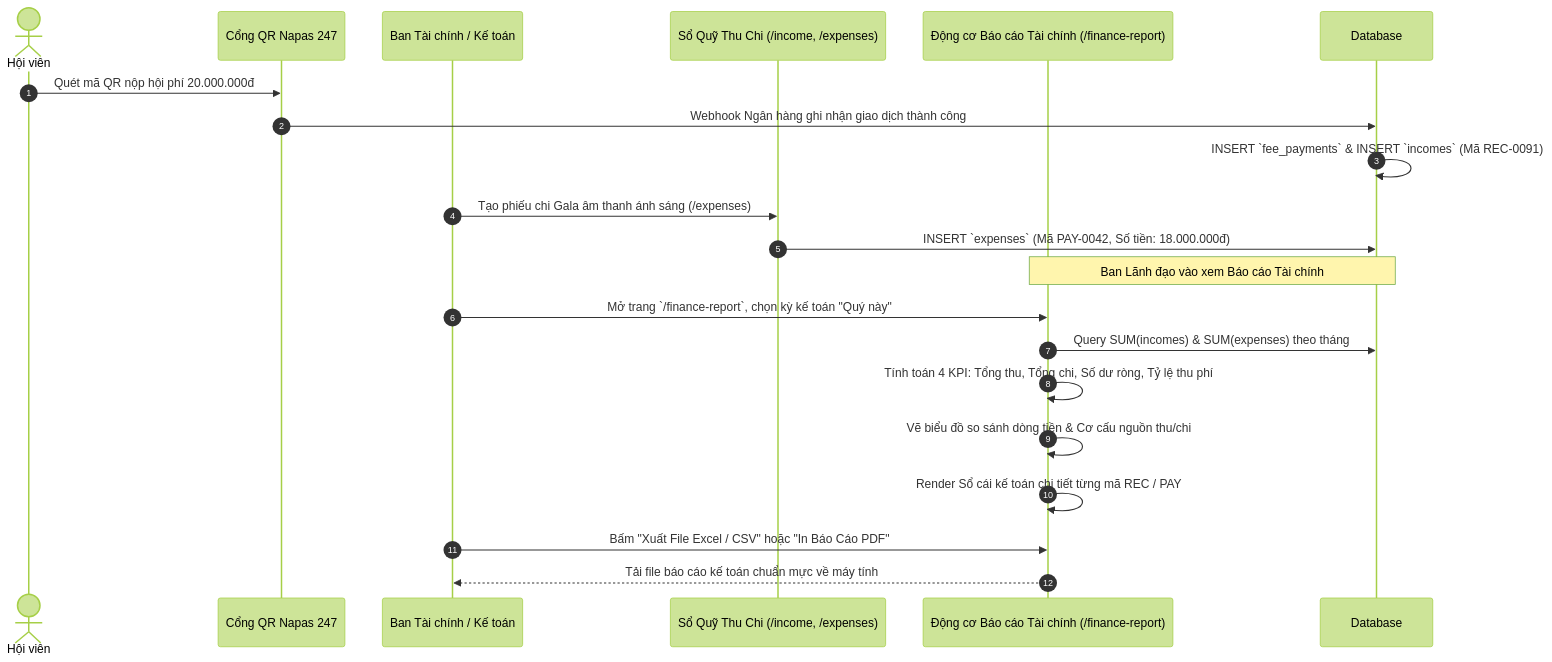
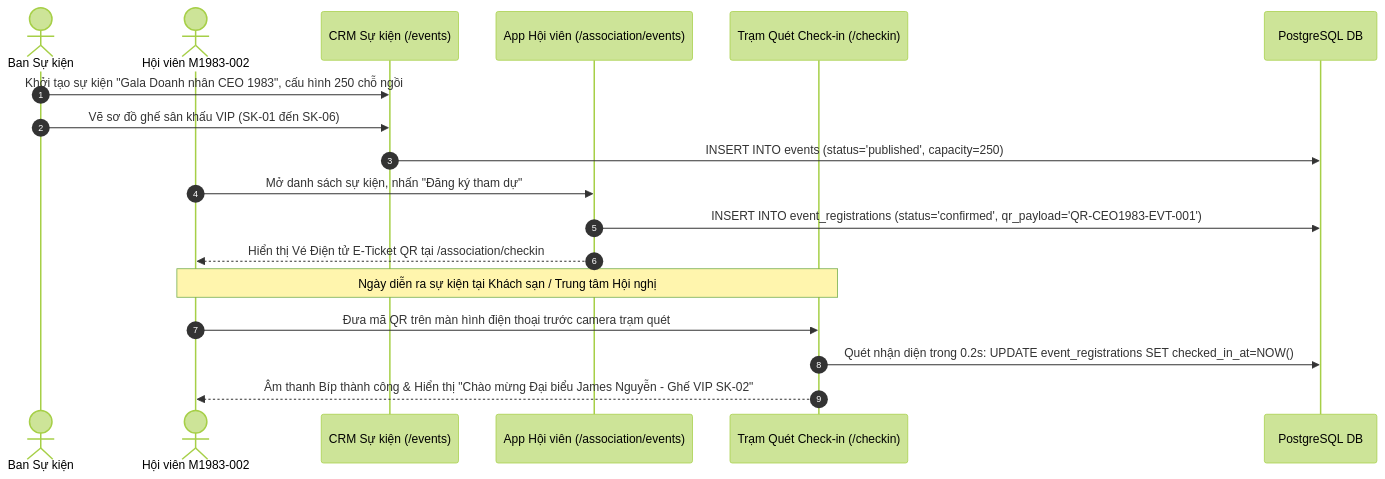
Before and after one commit to viconnect-product-team/vione_app: the third of 4 diagrams in document/VIONE_USER_AND_ADMIN_MANUAL.md, drawn with Mermaid (forest theme). The commit also changed other lines of this file and 152 other files, not shown here.

````diff
--- a/document/VIONE_USER_AND_ADMIN_MANUAL.md
+++ b/document/VIONE_USER_AND_ADMIN_MANUAL.md
@@ -259,24 +194,21 @@
 ```mermaid
 sequenceDiagram
     autonumber
-    actor Member as Hội viên
-    participant Napas as Cổng QR Napas 247
-    participant FinanceAdmin as Ban Tài chính / Kế toán
-    participant IncomeExp as Sổ Quỹ Thu Chi (/income, /expenses)
-    participant FinReport as Động cơ Báo cáo Tài chính (/finance-report)
-    participant DB as Database
+    actor Admin as Ban Sự kiện
+    actor Member as Hội viên M1983-002
+    participant CRM as CRM Sự kiện (/events)
+    participant App as App Hội viên (/association/events)
+    participant Door as Trạm Quét Check-in (/checkin)
+    participant DB as PostgreSQL DB
 
-    Member->>Napas: Quét mã QR nộp hội phí 20.000.000đ
-    Napas->>DB: Webhook Ngân hàng ghi nhận giao dịch thành công
-    DB->>DB: INSERT `fee_payments` & INSERT `incomes` (Mã REC-0091)
-    FinanceAdmin->>IncomeExp: Tạo phiếu chi Gala âm thanh ánh sáng (/expenses)
-    IncomeExp->>DB: INSERT `expenses` (Mã PAY-0042, Số tiền: 18.000.000đ)
-    Note over FinReport,DB: Ban Lãnh đạo vào xem Báo cáo Tài chính
-    FinanceAdmin->>FinReport: Mở trang `/finance-report`, chọn kỳ kế toán "Quý này"
-    FinReport->>DB: Query SUM(incomes) & SUM(expenses) theo tháng
-    FinReport->>FinReport: Tính toán 4 KPI: Tổng thu, Tổng chi, Số dư ròng, Tỷ lệ thu phí
-    FinReport->>FinReport: Vẽ biểu đồ so sánh dòng tiền & Cơ cấu nguồn thu/chi
-    FinReport->>FinReport: Render Sổ cái kế toán chi tiết từng mã REC / PAY
-    FinanceAdmin->>FinReport: Bấm "Xuất File Excel / CSV" hoặc "In Báo Cáo PDF"
-    FinReport-->>FinanceAdmin: Tải file báo cáo kế toán chuẩn mực về máy tính
+    Admin->>CRM: Khởi tạo sự kiện "Gala Doanh nhân CEO 1983", cấu hình 250 chỗ ngồi
+    Admin->>CRM: Vẽ sơ đồ ghế sân khấu VIP (SK-01 đến SK-06)
+    CRM->>DB: INSERT INTO events (status='published', capacity=250)
+    Member->>App: Mở danh sách sự kiện, nhấn "Đăng ký tham dự"
+    App->>DB: INSERT INTO event_registrations (status='confirmed', qr_payload='QR-CEO1983-EVT-001')
+    App-->>Member: Hiển thị Vé Điện tử E-Ticket QR tại /association/checkin
+    Note over Member,Door: Ngày diễn ra sự kiện tại Khách sạn / Trung tâm Hội nghị
+    Member->>Door: Đưa mã QR trên màn hình điện thoại trước camera trạm quét
+    Door->>DB: Quét nhận diện trong 0.2s: UPDATE event_registrations SET checked_in_at=NOW()
+    Door-->>Member: Âm thanh Bíp thành công & Hiển thị "Chào mừng Đại biểu James Nguyễn - Ghế VIP SK-02"
 ```
````
